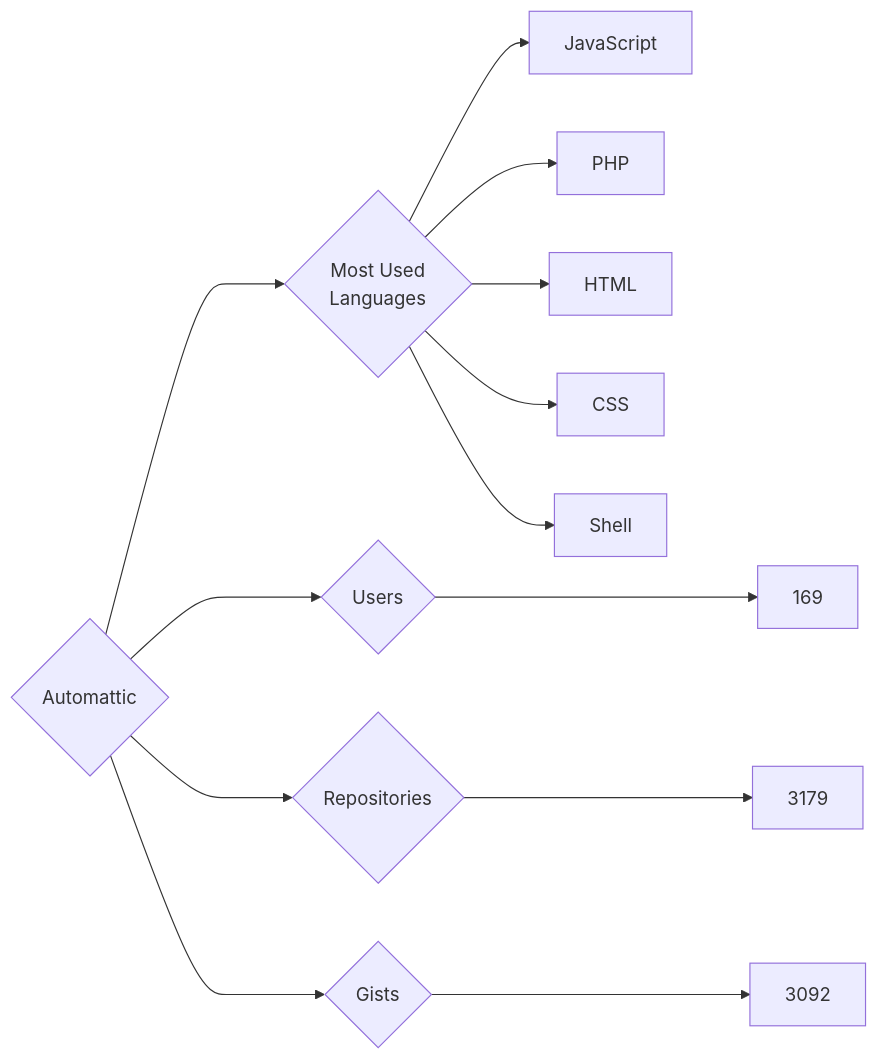
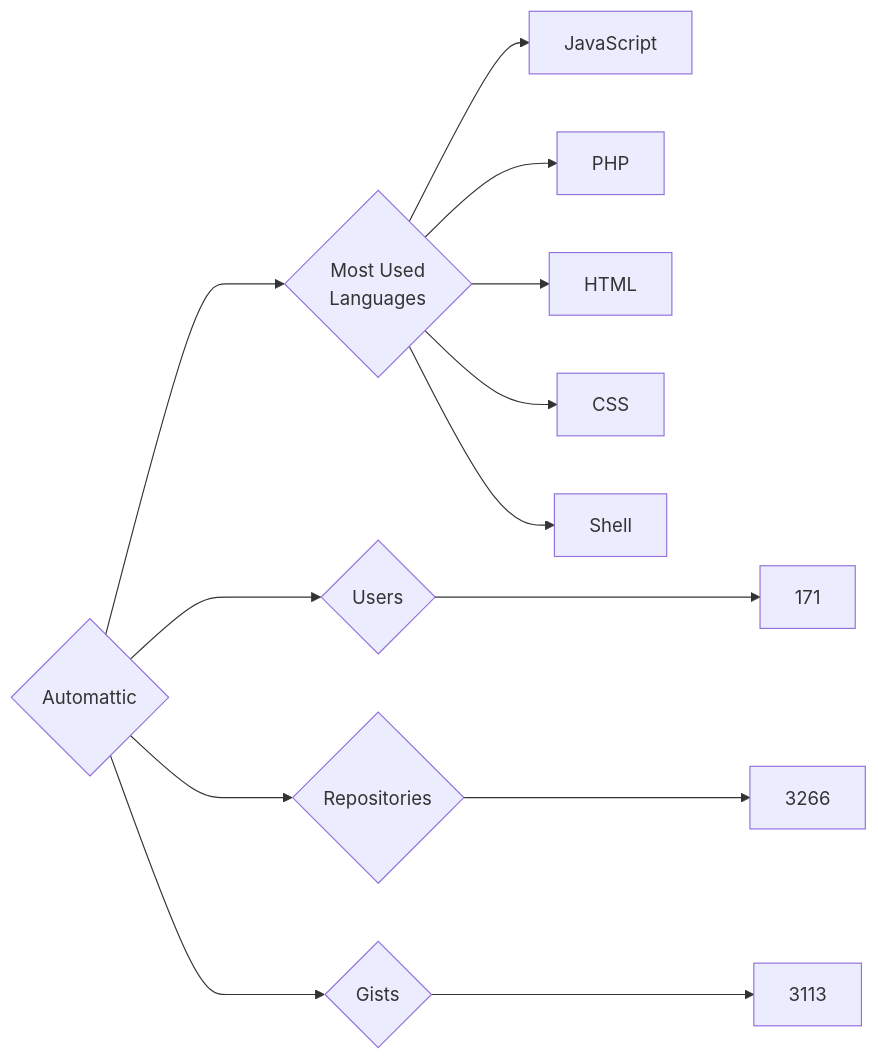
Before and after one commit to trickest/insiders: the diagram in targets/Automattic/README.md, drawn with Mermaid. The commit also changed 823 other files, not shown here.

````diff
--- a/targets/Automattic/README.md
+++ b/targets/Automattic/README.md
@@ -3,13 +3,13 @@
 ```mermaid
 graph LR
 COMPANY_NAME{Automattic}
-COMPANY_NAME ---> U{Users} ---> UN[169]
-COMPANY_NAME ---> R{Repositories} ---> RN[3179]
-COMPANY_NAME ---> G{Gists} ---> GN[3092]
+COMPANY_NAME ---> U{Users} ---> UN[171]
+COMPANY_NAME ---> R{Repositories} ---> RN[3266]
+COMPANY_NAME ---> G{Gists} ---> GN[3113]
 COMPANY_NAME ---> ML{Most Used<br>Languages}
 ML --> JavaScript[JavaScript]
 ML --> PHP[PHP]
 ML --> HTML[HTML]
 ML --> CSS[CSS]
 ML --> Shell[Shell]
 ```
````
